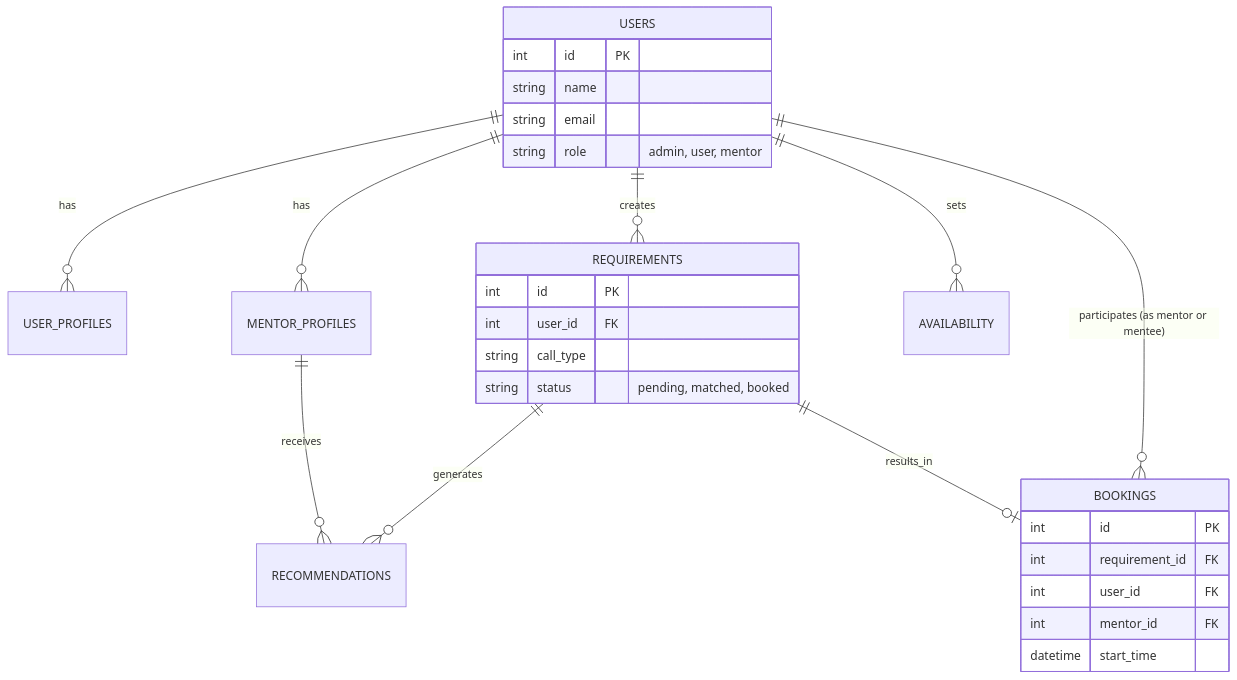
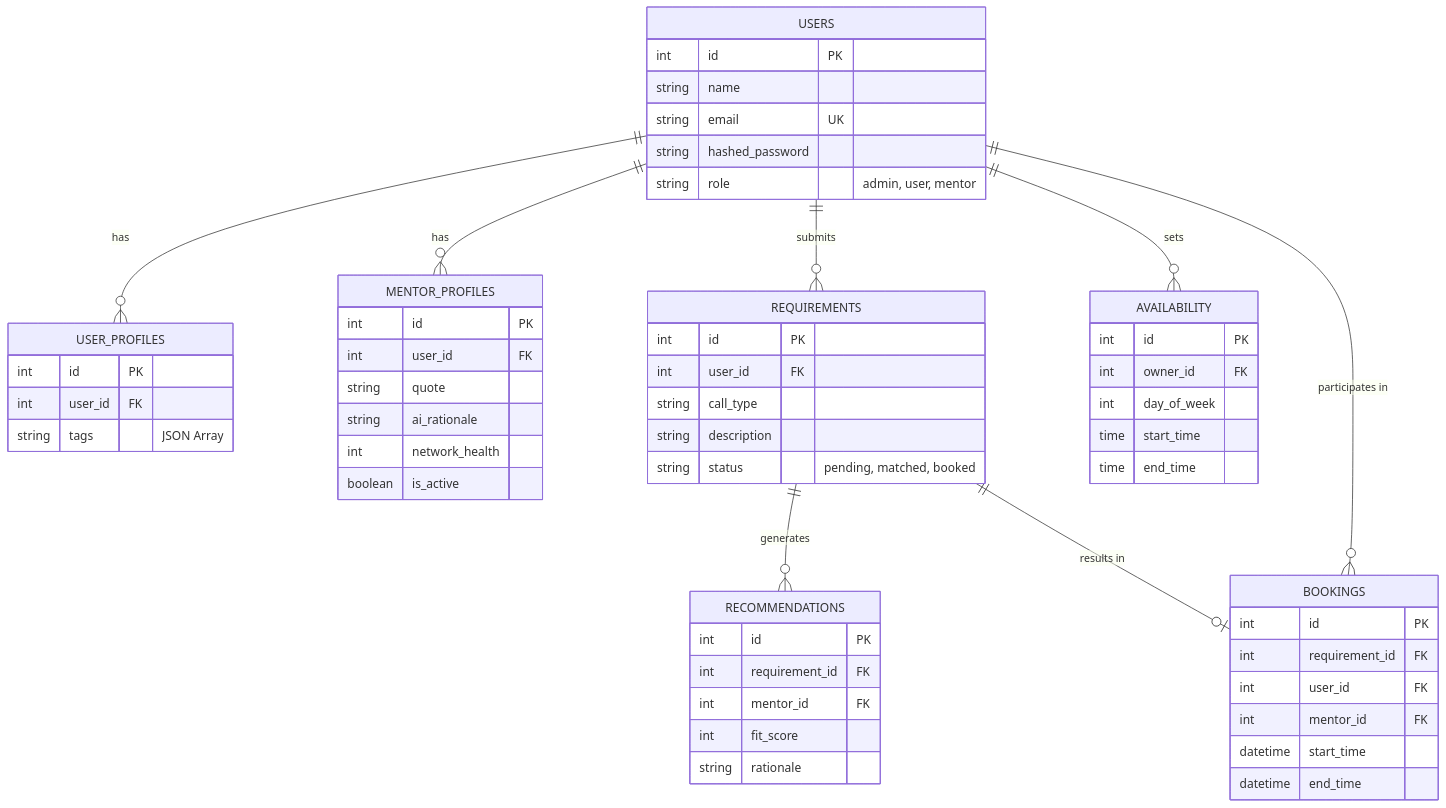
Before and after one commit to BugHunterX2101/mentoring_call_scheduling_system: the second of 3 diagrams in README.md, drawn with Mermaid. The commit also changed other lines of this file, not shown here.

````diff
--- a/README.md
+++ b/README.md
@@ -81,35 +75,67 @@
 ```mermaid
 erDiagram
-    USERS ||--o{ USER_PROFILES : has
-    USERS ||--o{ MENTOR_PROFILES : has
-    USERS ||--o{ REQUIREMENTS : creates
-    USERS ||--o{ AVAILABILITY : sets
-    USERS ||--o{ BOOKINGS : "participates (as mentor or mentee)"
-    
-    REQUIREMENTS ||--o{ RECOMMENDATIONS : generates
-    MENTOR_PROFILES ||--o{ RECOMMENDATIONS : receives
-    
-    REQUIREMENTS ||--o| BOOKINGS : results_in
-    
     USERS {
         int id PK
         string name
-        string email
+        string email UK
+        string hashed_password
         string role "admin, user, mentor"
+    }
+    
+    USER_PROFILES {
+        int id PK
+        int user_id FK
+        string tags "JSON Array"
+    }
+    
+    MENTOR_PROFILES {
+        int id PK
+        int user_id FK
+        string quote
+        string ai_rationale
+        int network_health
+        boolean is_active
     }
     
     REQUIREMENTS {
         int id PK
         int user_id FK
         string call_type
+        string description
         string status "pending, matched, booked"
+    }
+    
+    AVAILABILITY {
+        int id PK
+        int owner_id FK
+        int day_of_week
+        time start_time
+        time end_time
     }
     
     BOOKINGS {
         int id PK
         int requirement_id FK
         int user_id FK
         int mentor_id FK
         datetime start_time
+        datetime end_time
     }
+    
+    RECOMMENDATIONS {
+        int id PK
+        int requirement_id FK
+        int mentor_id FK
+        int fit_score
+        string rationale
+    }
+
+    USERS ||--o{ USER_PROFILES : "has"
+    USERS ||--o{ MENTOR_PROFILES : "has"
+    USERS ||--o{ REQUIREMENTS : "submits"
+    USERS ||--o{ AVAILABILITY : "sets"
+    USERS ||--o{ BOOKINGS : "participates in"
+    
+    REQUIREMENTS ||--o{ RECOMMENDATIONS : "generates"
+    REQUIREMENTS ||--o| BOOKINGS : "results in"
 ```
````
